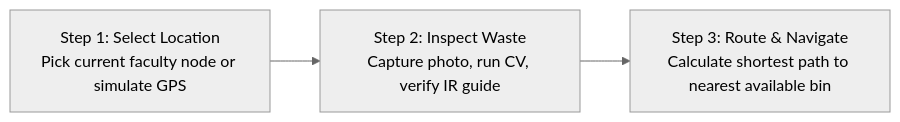
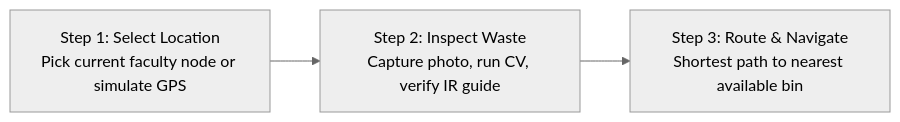
Before and after one commit to nour714/EcoSort: the second of 2 diagrams in README.md, drawn with Mermaid (neutral theme). The commit also changed other lines of this file, not shown here.

````diff
--- a/README.md
+++ b/README.md
@@ -76,5 +120,5 @@
 ```mermaid
 flowchart LR
-    Step1["Step 1: Select Location\nPick current faculty node or simulate GPS"] --> Step2["Step 2: Inspect Waste\nCapture photo, run CV, verify IR guide"]
-    Step2 --> Step3["Step 3: Route & Navigate\nCalculate shortest path to nearest available bin"]
+    Step1["Step 1: Select Location<br/>Pick current faculty node or simulate GPS"] --> Step2["Step 2: Inspect Waste<br/>Capture photo, run CV, verify IR guide"]
+    Step2 --> Step3["Step 3: Route & Navigate<br/>Shortest path to nearest available bin"]
 ```
````
